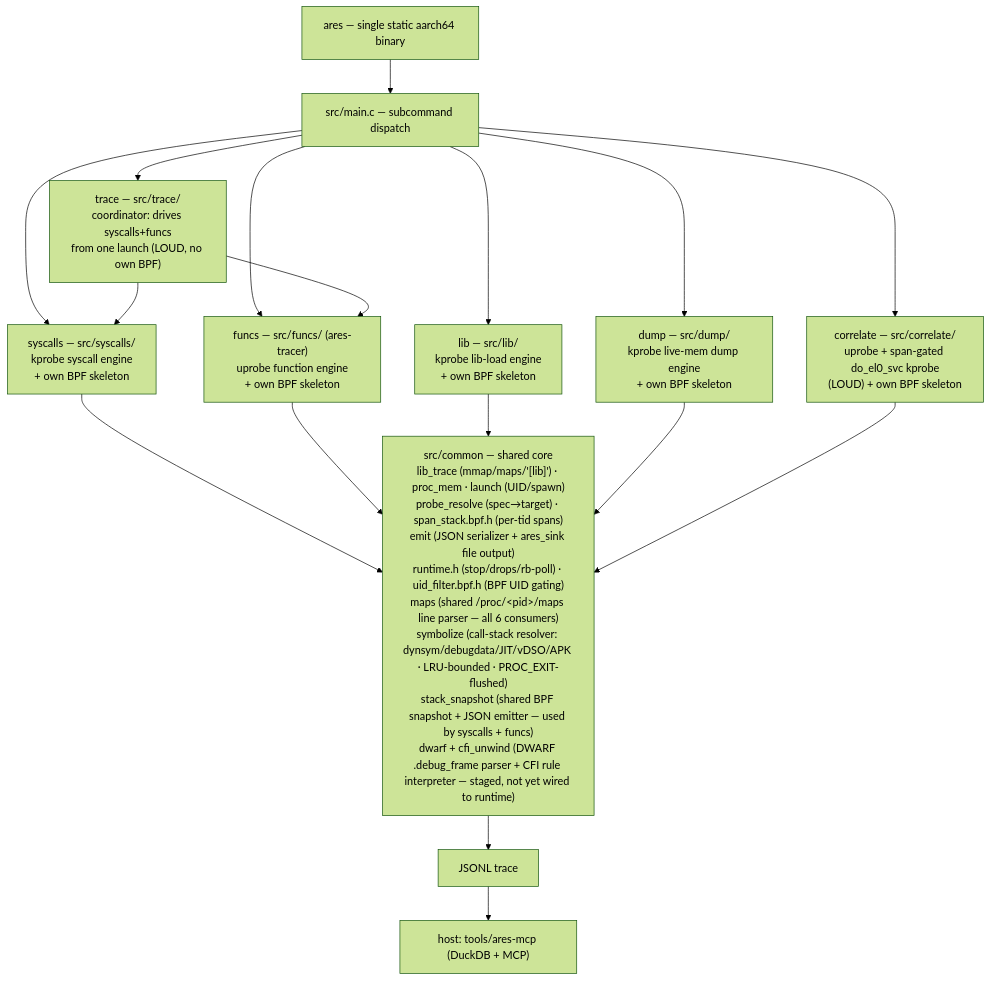
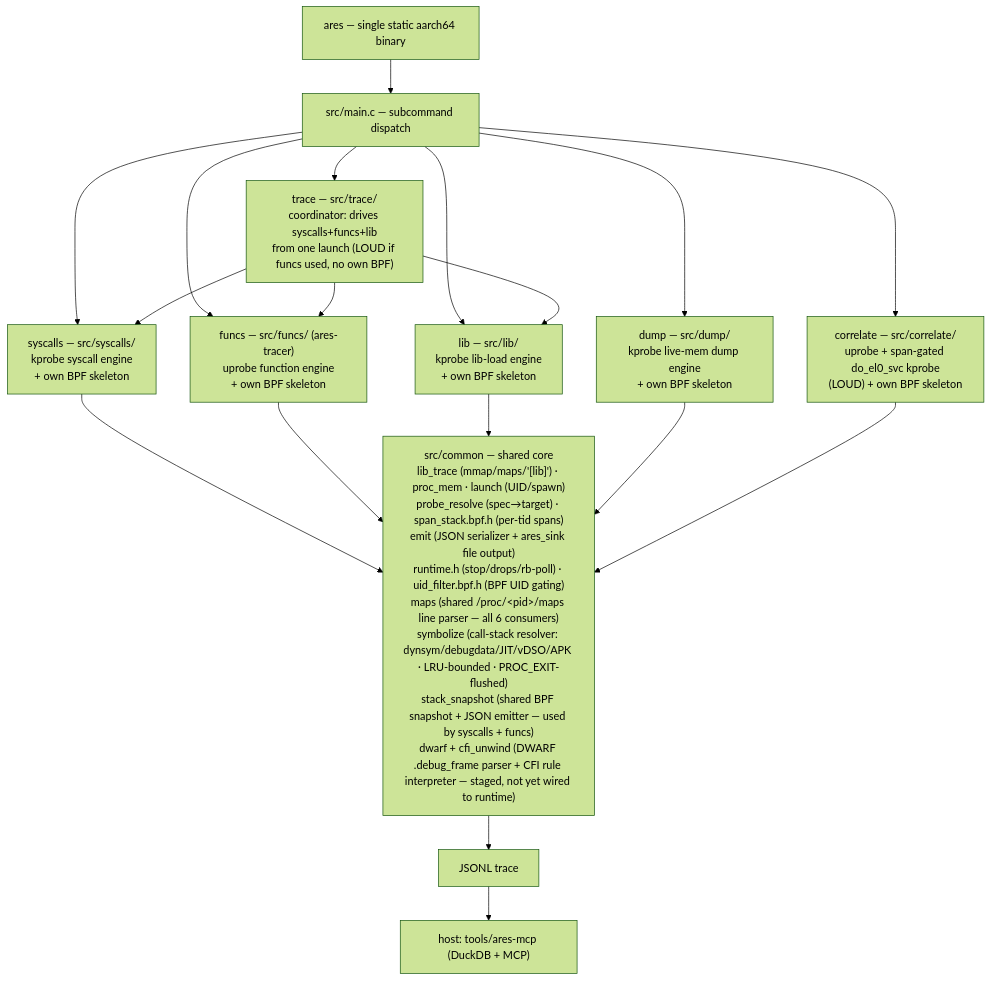
One commit to michaelaurelio/Anubee changed the diagram in DOCUMENTATION.md. Above: the diagram before and after it, drawn with Mermaid (forest theme). The commit also changed other lines of this file and 11 other files, not shown here.

````diff
--- a/DOCUMENTATION.md
+++ b/DOCUMENTATION.md
@@ -17,31 +17,32 @@
 ```mermaid
 flowchart TD
     ares["ares — single static aarch64 binary"]
     main["src/main.c — subcommand dispatch"]
     syscalls["syscalls — src/syscalls/<br/>kprobe syscall engine<br/>+ own BPF skeleton"]
     funcs["funcs — src/funcs/ (ares-tracer)<br/>uprobe function engine<br/>+ own BPF skeleton"]
     lib["lib — src/lib/<br/>kprobe lib-load engine<br/>+ own BPF skeleton"]
     dump["dump — src/dump/<br/>kprobe live-mem dump engine<br/>+ own BPF skeleton"]
     correlate["correlate — src/correlate/<br/>uprobe + span-gated do_el0_svc kprobe<br/>(LOUD) + own BPF skeleton"]
-    tracecmd["trace — src/trace/<br/>coordinator: drives syscalls+funcs<br/>from one launch (LOUD, no own BPF)"]
+    tracecmd["trace — src/trace/<br/>coordinator: drives syscalls+funcs+lib<br/>from one launch (LOUD if funcs used, no own BPF)"]
     common["src/common — shared core<br/>lib_trace (mmap/maps/'[lib]') · proc_mem · launch (UID/spawn)<br/>probe_resolve (spec→target) · span_stack.bpf.h (per-tid spans)<br/>emit (JSON serializer + ares_sink file output)<br/>runtime.h (stop/drops/rb-poll) · uid_filter.bpf.h (BPF UID gating)<br/>maps (shared /proc/&lt;pid&gt;/maps line parser — all 6 consumers)<br/>symbolize (call-stack resolver: dynsym/debugdata/JIT/vDSO/APK · LRU-bounded · PROC_EXIT-flushed)<br/>stack_snapshot (shared BPF snapshot + JSON emitter — used by syscalls + funcs)<br/>dwarf + cfi_unwind (DWARF .debug_frame parser + CFI rule interpreter — staged, not yet wired to runtime)"]
     trace["JSONL trace"]
     mcp["host: tools/ares-mcp (DuckDB + MCP)"]
 
     ares --> main
     main --> syscalls
     main --> funcs
     main --> lib
     main --> dump
     main --> correlate
     main --> tracecmd
     tracecmd --> syscalls
     tracecmd --> funcs
+    tracecmd --> lib
     syscalls --> common
     funcs --> common
     lib --> common
     dump --> common
     correlate --> common
     common --> trace
     trace --> mcp
 ```
````
